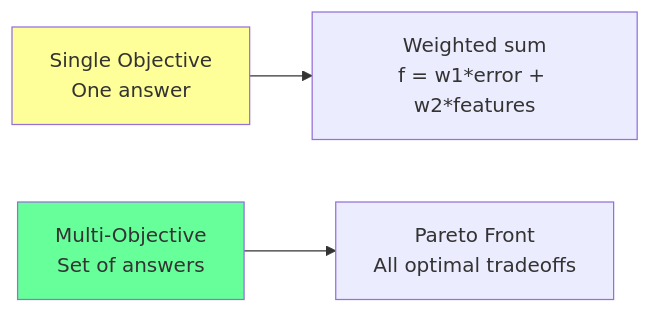
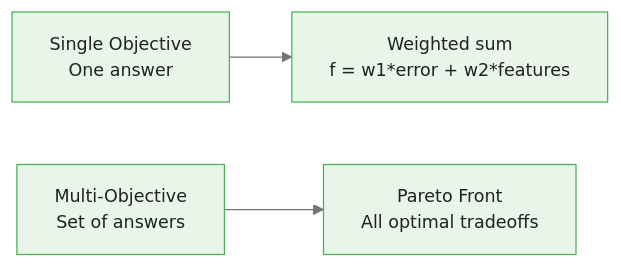
The first of 4 diagrams in courses/genetic-algorithms-feature-selection/modules/module_02_fitness/guides/03_multi_objective_slides.md (m-deane/course-creator), drawn with Mermaid before and after one commit. The commit also changed other lines of this file and 52 other files, not shown here.

````diff
--- a/courses/genetic-algorithms-feature-selection/modules/module_02_fitness/guides/03_multi_objective_slides.md
+++ b/courses/genetic-algorithms-feature-selection/modules/module_02_fitness/guides/03_multi_objective_slides.md
@@ -25,7 +25,6 @@
 ```mermaid
+%%{init: {"theme": "base", "themeVariables": {"primaryColor": "#e8f5e9", "primaryBorderColor": "#4caf50", "primaryTextColor": "#212121", "secondaryColor": "#e3f2fd", "tertiaryColor": "#fff8e1", "lineColor": "#757575", "fontFamily": "Inter, sans-serif", "fontSize": "14px"}}}%%
 flowchart LR
     A["Single Objective<br/>One answer"] --> B["Weighted sum<br/>f = w1*error + w2*features"]
     C["Multi-Objective<br/>Set of answers"] --> D["Pareto Front<br/>All optimal tradeoffs"]
-    style A fill:#ff9
-    style C fill:#6f9
 ```
````
